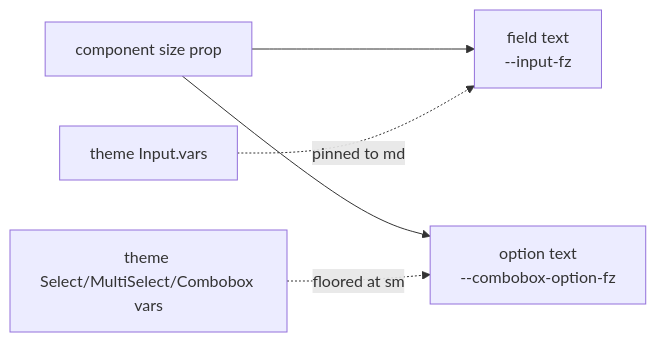
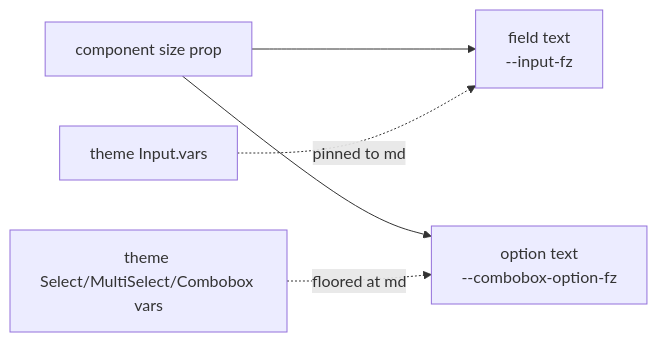
One commit to oncloudnintynineone-source/cloudy2 changed the second of 2 diagrams in docs/desktop-responsive.md. Above: the diagram before and after it, drawn with Mermaid. The commit also changed other lines of this file and 4 other files, not shown here.

````diff
--- a/docs/desktop-responsive.md
+++ b/docs/desktop-responsive.md
@@ -541,7 +541,7 @@
 ```mermaid
 flowchart LR
   S["component size prop"] --> F["field text<br/>--input-fz"]
   S --> O["option text<br/>--combobox-option-fz"]
   T1["theme Input.vars"] -.->|"pinned to md"| F
-  T2["theme Select/MultiSelect/Combobox vars"] -.->|"floored at sm"| O
+  T2["theme Select/MultiSelect/Combobox vars"] -.->|"floored at md"| O
 ```
````
